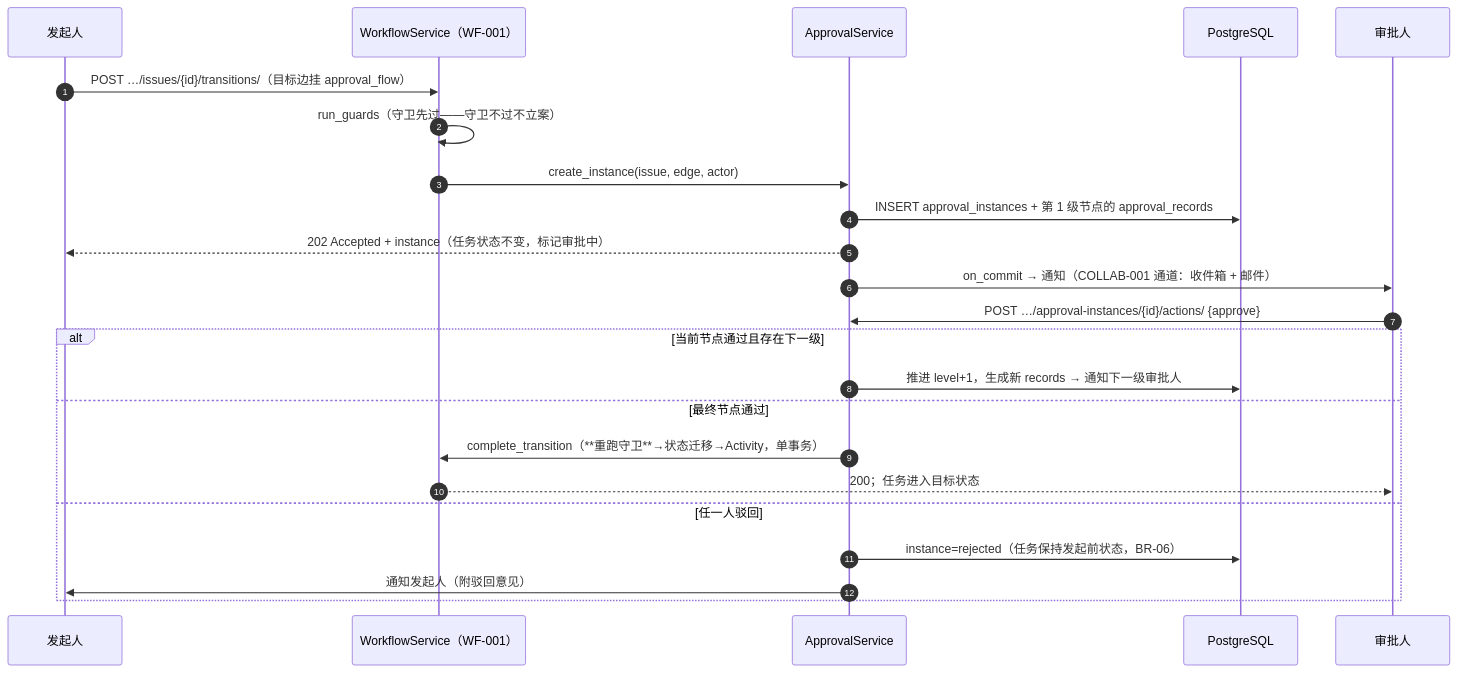
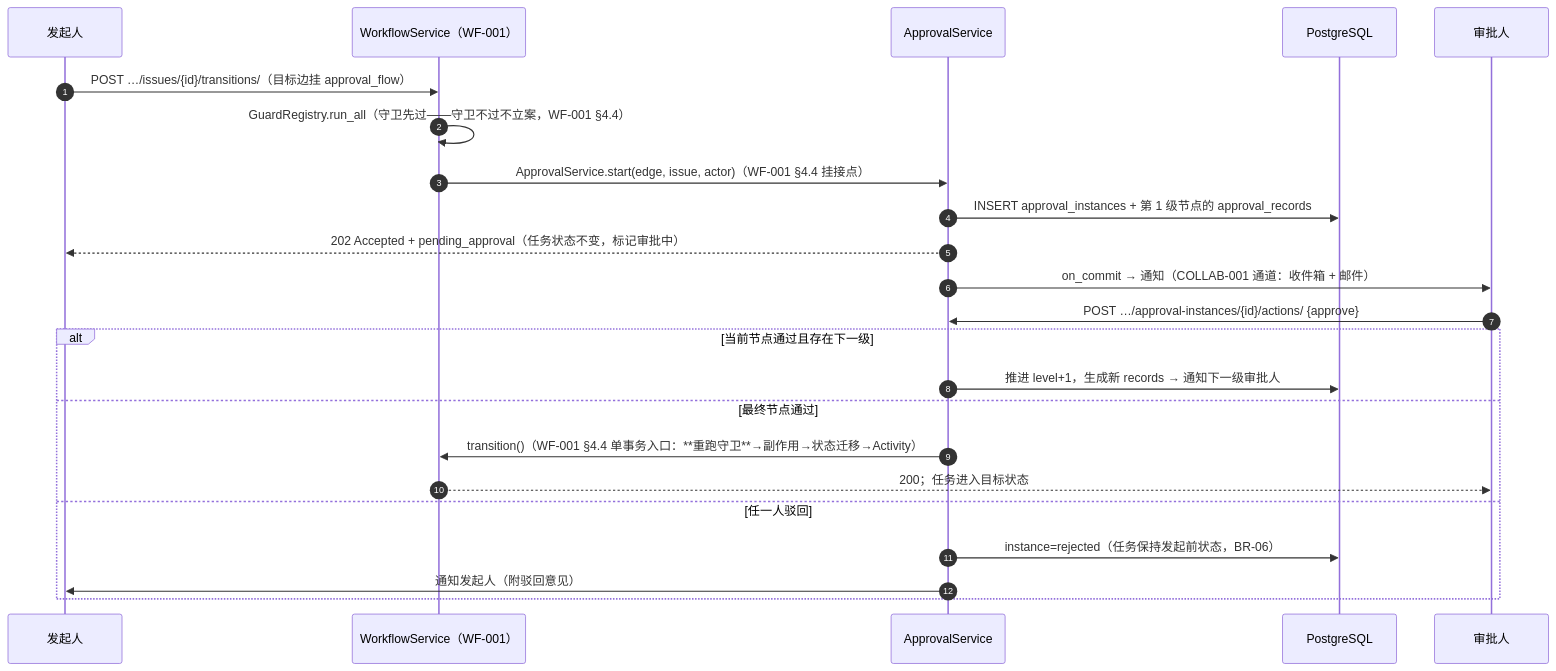
Before and after one commit to RabbitAI-Lab/RabbitProjects: the first of 3 diagrams in docs/sprint-7-enterprise-workflow/WF-002-approval-flow.md, drawn with Mermaid. The commit also changed other lines of this file and 9 other files, not shown here.

````diff
--- a/docs/sprint-7-enterprise-workflow/WF-002-approval-flow.md
+++ b/docs/sprint-7-enterprise-workflow/WF-002-approval-flow.md
@@ -33,26 +33,26 @@
 ```mermaid
 sequenceDiagram
     autonumber
     participant U as 发起人
     participant ENG as WorkflowService（WF-001）
     participant AP as ApprovalService
     participant PG as PostgreSQL
     participant A as 审批人
 
     U->>ENG: POST …/issues/{id}/transitions/（目标边挂 approval_flow）
-    ENG->>ENG: run_guards（守卫先过——守卫不过不立案）
-    ENG->>AP: create_instance(issue, edge, actor)
+    ENG->>ENG: GuardRegistry.run_all（守卫先过——守卫不过不立案，WF-001 §4.4）
+    ENG->>AP: ApprovalService.start(edge, issue, actor)（WF-001 §4.4 挂接点）
     AP->>PG: INSERT approval_instances + 第 1 级节点的 approval_records
-    AP-->>U: 202 Accepted + instance（任务状态不变，标记审批中）
+    AP-->>U: 202 Accepted + pending_approval（任务状态不变，标记审批中）
     AP->>A: on_commit → 通知（COLLAB-001 通道：收件箱 + 邮件）
     A->>AP: POST …/approval-instances/{id}/actions/ {approve}
     alt 当前节点通过且存在下一级
         AP->>PG: 推进 level+1，生成新 records → 通知下一级审批人
     else 最终节点通过
-        AP->>ENG: complete_transition（**重跑守卫**→状态迁移→Activity，单事务）
+        AP->>ENG: transition()（WF-001 §4.4 单事务入口：**重跑守卫**→副作用→状态迁移→Activity）
         ENG-->>A: 200；任务进入目标状态
     else 任一人驳回
         AP->>PG: instance=rejected（任务保持发起前状态，BR-06）
         AP->>U: 通知发起人（附驳回意见）
     end
 ```
````
